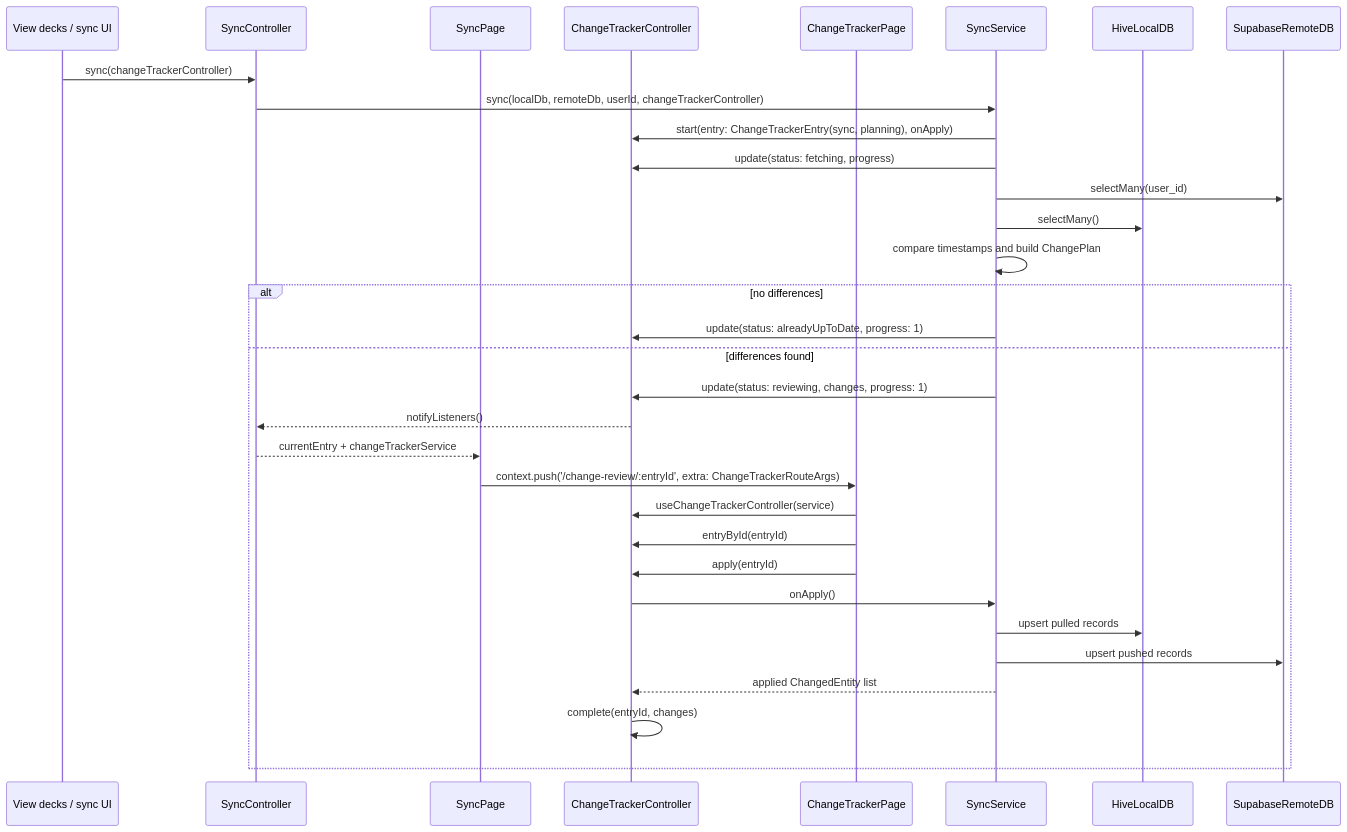
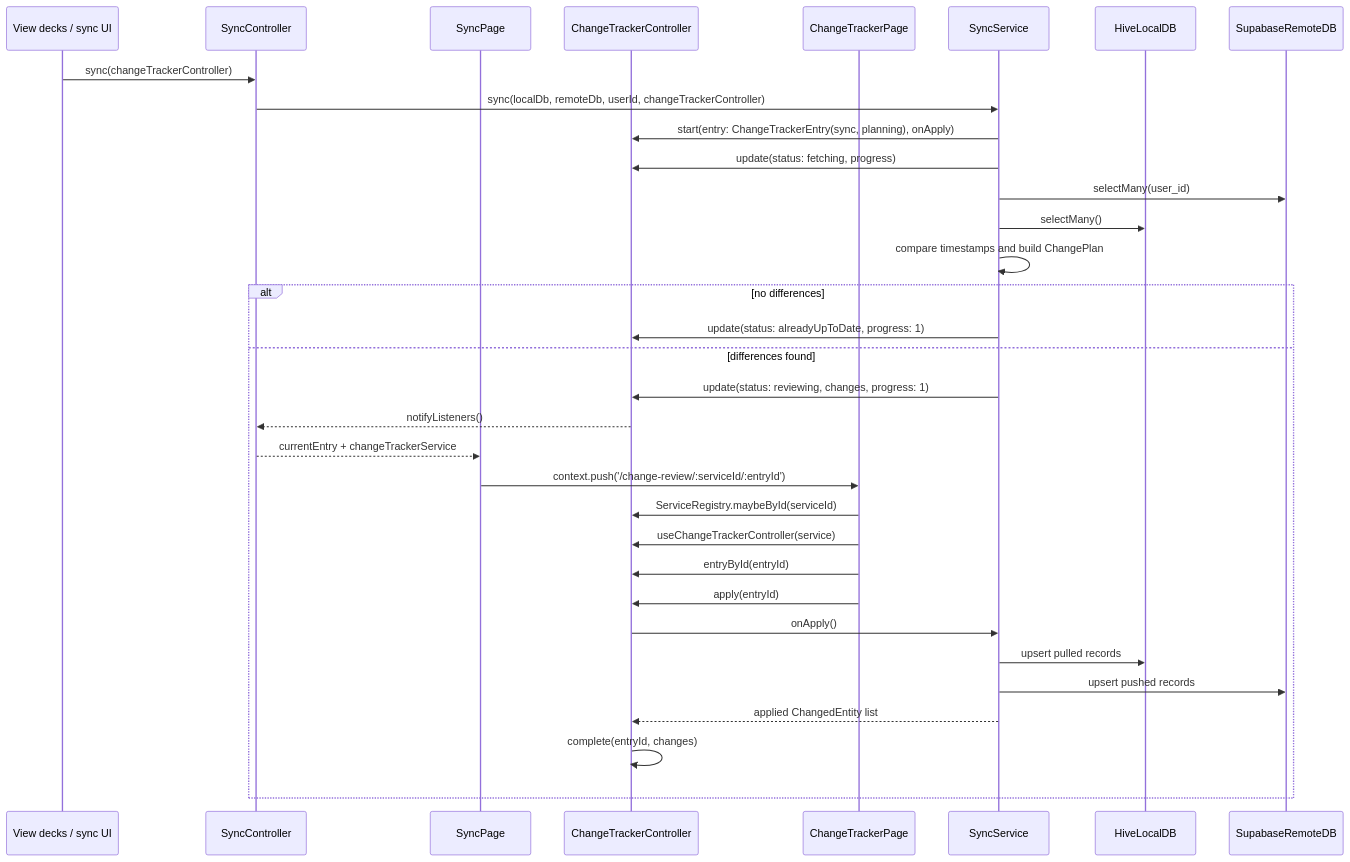
One commit to GuyWithBag/boo_mondai changed the third of 5 diagrams in lib/features/change_tracker/documentation/change_tracker.md. Above: the diagram before and after it, drawn with Mermaid. The commit also changed other lines of this file and 13 other files, not shown here.

Commit message:
feat(change-tracker): resolve review services by registry

````diff
--- a/lib/features/change_tracker/documentation/change_tracker.md
+++ b/lib/features/change_tracker/documentation/change_tracker.md
@@ -128,36 +131,37 @@
 ```mermaid
 sequenceDiagram
     participant UI as View decks / sync UI
     participant SyncController as SyncController
     participant SyncPage as SyncPage
     participant Controller as ChangeTrackerController
     participant ReviewPage as ChangeTrackerPage
     participant Service as SyncService
     participant Local as HiveLocalDB
     participant Remote as SupabaseRemoteDB
 
     UI->>SyncController: sync(changeTrackerController)
     SyncController->>Service: sync(localDb, remoteDb, userId, changeTrackerController)
     Service->>Controller: start(entry: ChangeTrackerEntry(sync, planning), onApply)
     Service->>Controller: update(status: fetching, progress)
     Service->>Remote: selectMany(user_id)
     Service->>Local: selectMany()
     Service->>Service: compare timestamps and build ChangePlan
 
     alt no differences
         Service->>Controller: update(status: alreadyUpToDate, progress: 1)
     else differences found
         Service->>Controller: update(status: reviewing, changes, progress: 1)
         Controller-->>SyncController: notifyListeners()
         SyncController-->>SyncPage: currentEntry + changeTrackerService
-        SyncPage->>ReviewPage: context.push('/change-review/:entryId', extra: ChangeTrackerRouteArgs)
+        SyncPage->>ReviewPage: context.push('/change-review/:serviceId/:entryId')
+        ReviewPage->>Controller: ServiceRegistry.maybeById(serviceId)
         ReviewPage->>Controller: useChangeTrackerController(service)
         ReviewPage->>Controller: entryById(entryId)
         ReviewPage->>Controller: apply(entryId)
         Controller->>Service: onApply()
         Service->>Local: upsert pulled records
         Service->>Remote: upsert pushed records
         Service-->>Controller: applied ChangedEntity list
         Controller->>Controller: complete(entryId, changes)
     end
 ```
````
